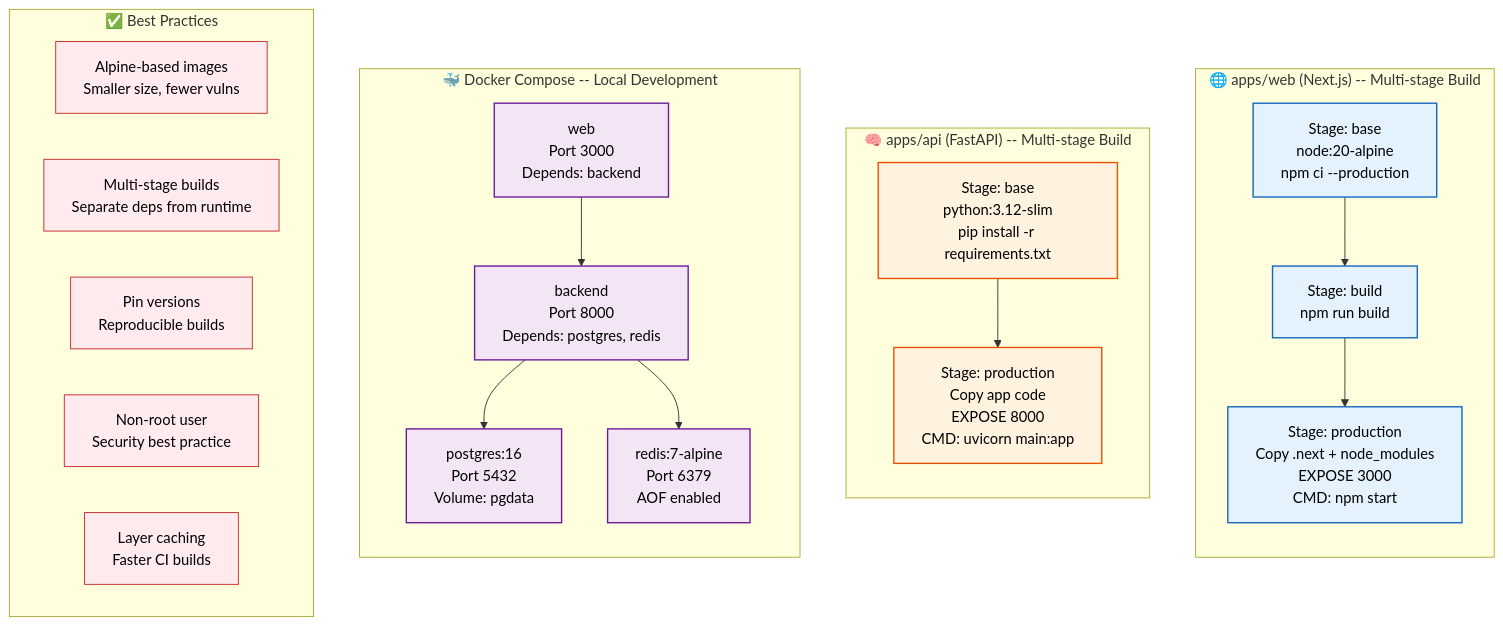
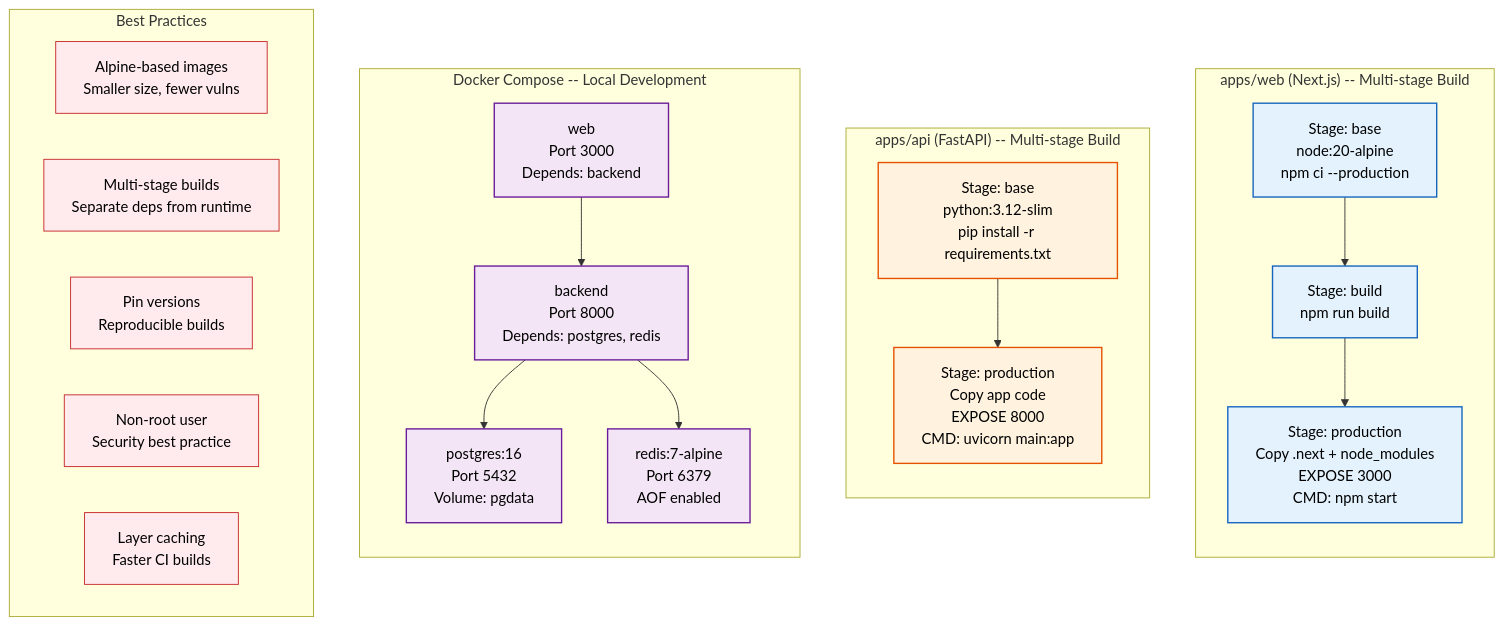
Before and after one commit to Driftloom/Vaeloom: the first of 2 diagrams in docs/devops/Docker.md, drawn with Mermaid. The commit also changed other lines of this file and 694 other files, not shown here.

First line of the commit message:
docs: mermaid standardization — encoding/mermaid/duplicate cleanup

````diff
--- a/docs/devops/Docker.md
+++ b/docs/devops/Docker.md
@@ -8,48 +8,48 @@
 ```mermaid
 graph TD
-    classDef web fill:#e3f2fd,stroke:#1565c0,color:#000,stroke-width:1.5px
-    classDef api fill:#e8f5e9,stroke:#2e7d32,color:#000,stroke-width:1.5px
-    classDef ai fill:#fff3e0,stroke:#e65100,color:#000,stroke-width:1.5px
-    classDef infra fill:#f3e5f5,stroke:#6a1b9a,color:#000,stroke-width:1.5px
-    classDef best fill:#ffebee,stroke:#c62828,color:#000,stroke-width:1px
+ classDef web fill:#e3f2fd,stroke:#1565c0,color:#000,stroke-width:1.5px
+ classDef api fill:#e8f5e9,stroke:#2e7d32,color:#000,stroke-width:1.5px
+ classDef ai fill:#fff3e0,stroke:#e65100,color:#000,stroke-width:1.5px
+ classDef infra fill:#f3e5f5,stroke:#6a1b9a,color:#000,stroke-width:1.5px
+ classDef best fill:#ffebee,stroke:#c62828,color:#000,stroke-width:1px
 
-    subgraph AppWeb["🌐 apps/web (Next.js) -- Multi-stage Build"]
-        direction TB
-        W1["Stage: base<br/>node:20-alpine<br/>npm ci --production"]
-        W2["Stage: build<br/>npm run build"]
-        W3["Stage: production<br/>Copy .next + node_modules<br/>EXPOSE 3000<br/>CMD: npm start"]
-    end
+ subgraph AppWeb["apps/web (Next.js) -- Multi-stage Build"]
+ direction TB
+ W1["Stage: base<br/>node:20-alpine<br/>npm ci --production"]
+ W2["Stage: build<br/>npm run build"]
+ W3["Stage: production<br/>Copy .next + node_modules<br/>EXPOSE 3000<br/>CMD: npm start"]
+ end
 
-    subgraph Backend["🧠 apps/api (FastAPI) -- Multi-stage Build"]
-        direction TB
-        A1["Stage: base<br/>python:3.12-slim<br/>pip install -r requirements.txt"]
-        A2["Stage: production<br/>Copy app code<br/>EXPOSE 8000<br/>CMD: uvicorn main:app"]
-    end
+ subgraph Backend["apps/api (FastAPI) -- Multi-stage Build"]
+ direction TB
+ A1["Stage: base<br/>python:3.12-slim<br/>pip install -r requirements.txt"]
+ A2["Stage: production<br/>Copy app code<br/>EXPOSE 8000<br/>CMD: uvicorn main:app"]
+ end
 
-    subgraph Compose["🐳 Docker Compose -- Local Development"]
-        direction TB
-        C1["postgres:16<br/>Port 5432<br/>Volume: pgdata"]
-        C2["redis:7-alpine<br/>Port 6379<br/>AOF enabled"]
-        C3["backend<br/>Port 8000<br/>Depends: postgres, redis"]
-        C4["web<br/>Port 3000<br/>Depends: backend"]
-    end
+ subgraph Compose["Docker Compose -- Local Development"]
+ direction TB
+ C1["postgres:16<br/>Port 5432<br/>Volume: pgdata"]
+ C2["redis:7-alpine<br/>Port 6379<br/>AOF enabled"]
+ C3["backend<br/>Port 8000<br/>Depends: postgres, redis"]
+ C4["web<br/>Port 3000<br/>Depends: backend"]
+ end
 
-    subgraph Practices["✅ Best Practices"]
-        P1["Alpine-based images<br/>Smaller size, fewer vulns"]
-        P2["Multi-stage builds<br/>Separate deps from runtime"]
-        P3["Pin versions<br/>Reproducible builds"]
-        P4["Non-root user<br/>Security best practice"]
-        P5["Layer caching<br/>Faster CI builds"]
-    end
+ subgraph Practices["Best Practices"]
+ P1["Alpine-based images<br/>Smaller size, fewer vulns"]
+ P2["Multi-stage builds<br/>Separate deps from runtime"]
+ P3["Pin versions<br/>Reproducible builds"]
+ P4["Non-root user<br/>Security best practice"]
+ P5["Layer caching<br/>Faster CI builds"]
+ end
 
-    W1 --> W2 --> W3
-    A1 --> A2
-    C3 --> C1 & C2
-    C4 --> C3
+ W1--> W2--> W3
+ A1--> A2
+ C3--> C1 & C2
+ C4--> C3
 
-    class W1,W2,W3 web
-    class A1,A2 ai
-    class C1,C2,C3,C4 infra
-    class P1,P2,P3,P4,P5 best
+ class W1,W2,W3 web
+ class A1,A2 ai
+ class C1,C2,C3,C4 infra
+ class P1,P2,P3,P4,P5 best
 
 ```
````
